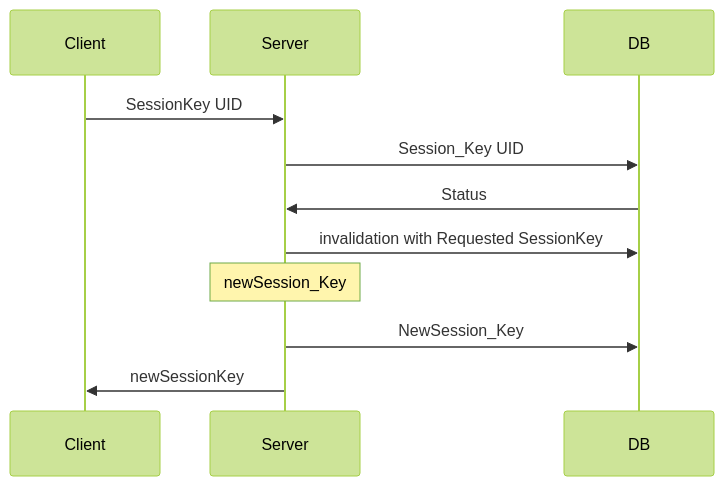
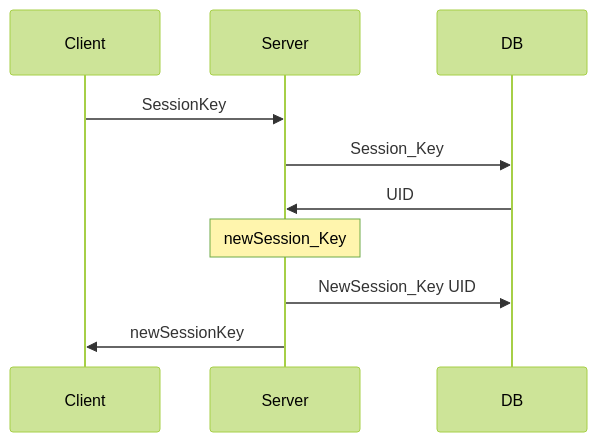
One commit to WhatACotton/CharisWorks-BackEnd changed the second of 5 diagrams in README.md. Above: the diagram before and after it, drawn with Mermaid (forest theme). The commit also changed other lines of this file, not shown here.

Commit message:
sequence

````diff
--- a/README.md
+++ b/README.md
@@ -30,17 +30,16 @@
 ```mermaid
 sequenceDiagram
 
 participant Client
 participant Server
 participant DB
 
-Client ->> Server:SessionKey UID
-Server ->> DB:Session_Key UID
-DB ->> Server:Status
-Server ->> DB:invalidation with Requested SessionKey
+Client ->> Server:SessionKey
+Server ->> DB:Session_Key
+DB ->> Server:UID
 Note over Server: newSession_Key
-Server ->> DB:NewSession_Key
+Server ->> DB:NewSession_Key UID
 Server ->> Client:newSessionKey
 
 
 ```
````
